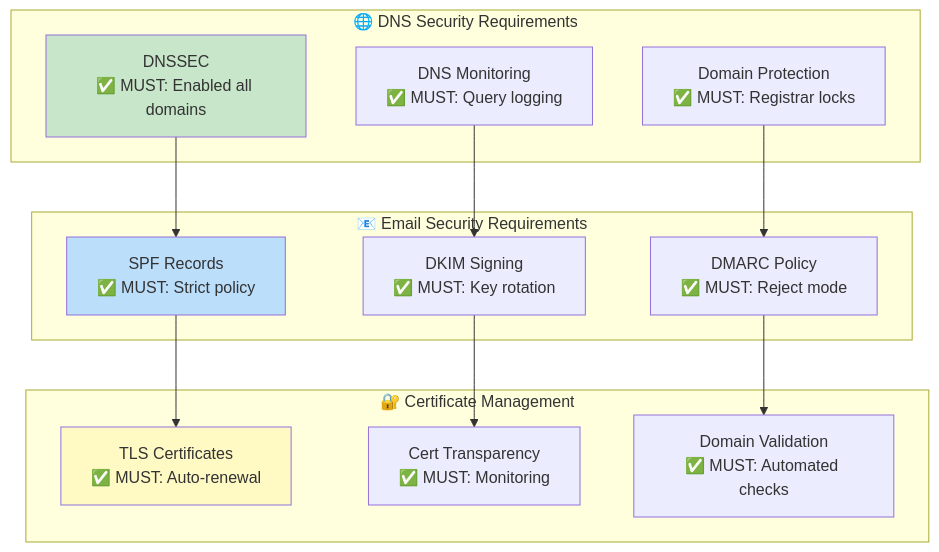
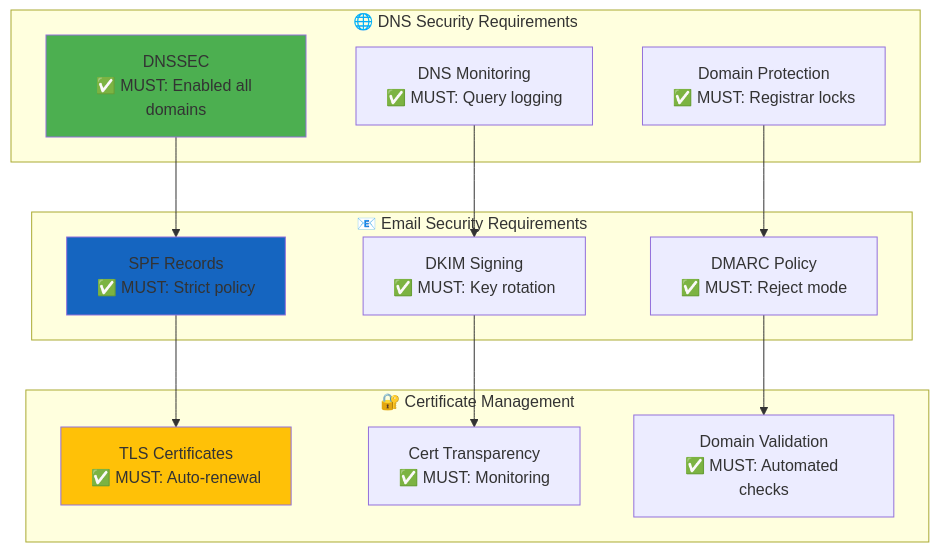
Before and after one commit to Hack23/ISMS-PUBLIC: the third of 7 diagrams in Network_Security_Policy.md, drawn with Mermaid. The commit also changed other lines of this file and 35 other files, not shown here.

````diff
--- a/Network_Security_Policy.md
+++ b/Network_Security_Policy.md
@@ -178,32 +178,32 @@
 ```mermaid
 flowchart TD
     subgraph "🌐 DNS Security Requirements"
         DNSSEC[DNSSEC<br/>✅ MUST: Enabled all domains]
         MONITORING[DNS Monitoring<br/>✅ MUST: Query logging]
         PROTECTION[Domain Protection<br/>✅ MUST: Registrar locks]
     end
     
     subgraph "📧 Email Security Requirements"
         SPF[SPF Records<br/>✅ MUST: Strict policy]
         DKIM[DKIM Signing<br/>✅ MUST: Key rotation]
         DMARC[DMARC Policy<br/>✅ MUST: Reject mode]
     end
     
     subgraph "🔐 Certificate Management"
         TLS[TLS Certificates<br/>✅ MUST: Auto-renewal]
         TRANSPARENCY[Cert Transparency<br/>✅ MUST: Monitoring]
         VALIDATION[Domain Validation<br/>✅ MUST: Automated checks]
     end
     
     DNSSEC --> SPF
     MONITORING --> DKIM
     PROTECTION --> DMARC
     
     SPF --> TLS
     DKIM --> TRANSPARENCY
     DMARC --> VALIDATION
     
-    style DNSSEC fill:#c8e6c9
-    style SPF fill:#bbdefb
-    style TLS fill:#fff9c4
+    style DNSSEC fill:#4CAF50
+    style SPF fill:#1565C0
+    style TLS fill:#FFC107
 ```
````
